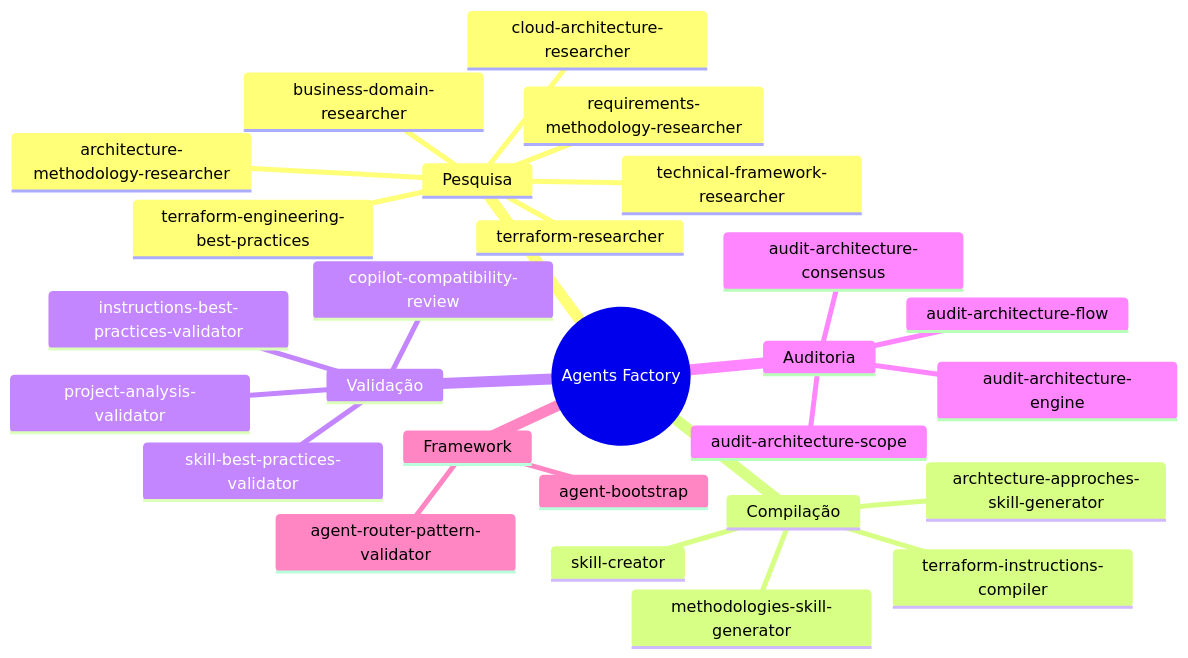
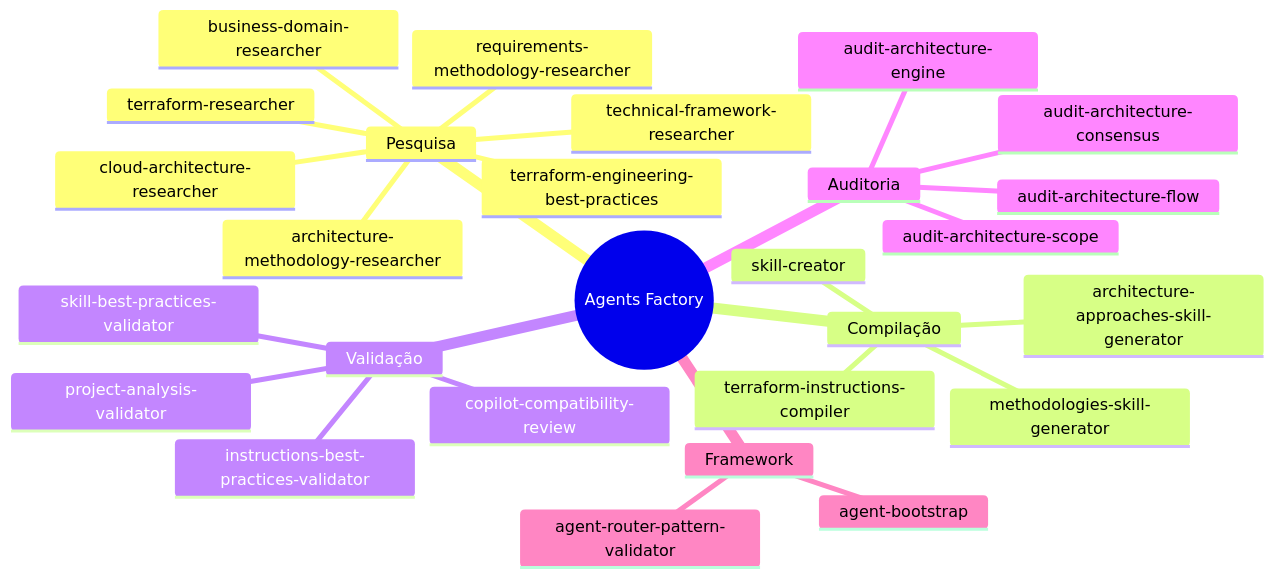
One commit to rodrigo-mendes/agents-factory changed the fourth of 5 diagrams in docs/visao-geral.md. Above: the diagram before and after it, drawn with Mermaid. The commit also changed 72 other files, not shown here.

````diff
--- a/docs/visao-geral.md
+++ b/docs/visao-geral.md
@@ -90,30 +90,30 @@
 ```mermaid
 mindmap
   root((Agents Factory))
     Pesquisa
       technical-framework-researcher
       terraform-researcher
       cloud-architecture-researcher
       architecture-methodology-researcher
       business-domain-researcher
       requirements-methodology-researcher
       terraform-engineering-best-practices
     Compilação
       skill-creator
       terraform-instructions-compiler
-      archtecture-approches-skill-generator
+      architecture-approaches-skill-generator
       methodologies-skill-generator
     Validação
       copilot-compatibility-review
       instructions-best-practices-validator
       skill-best-practices-validator
       project-analysis-validator
     Auditoria
       audit-architecture-consensus
       audit-architecture-scope
       audit-architecture-flow
       audit-architecture-engine
     Framework
       agent-bootstrap
       agent-router-pattern-validator
 ```
````
